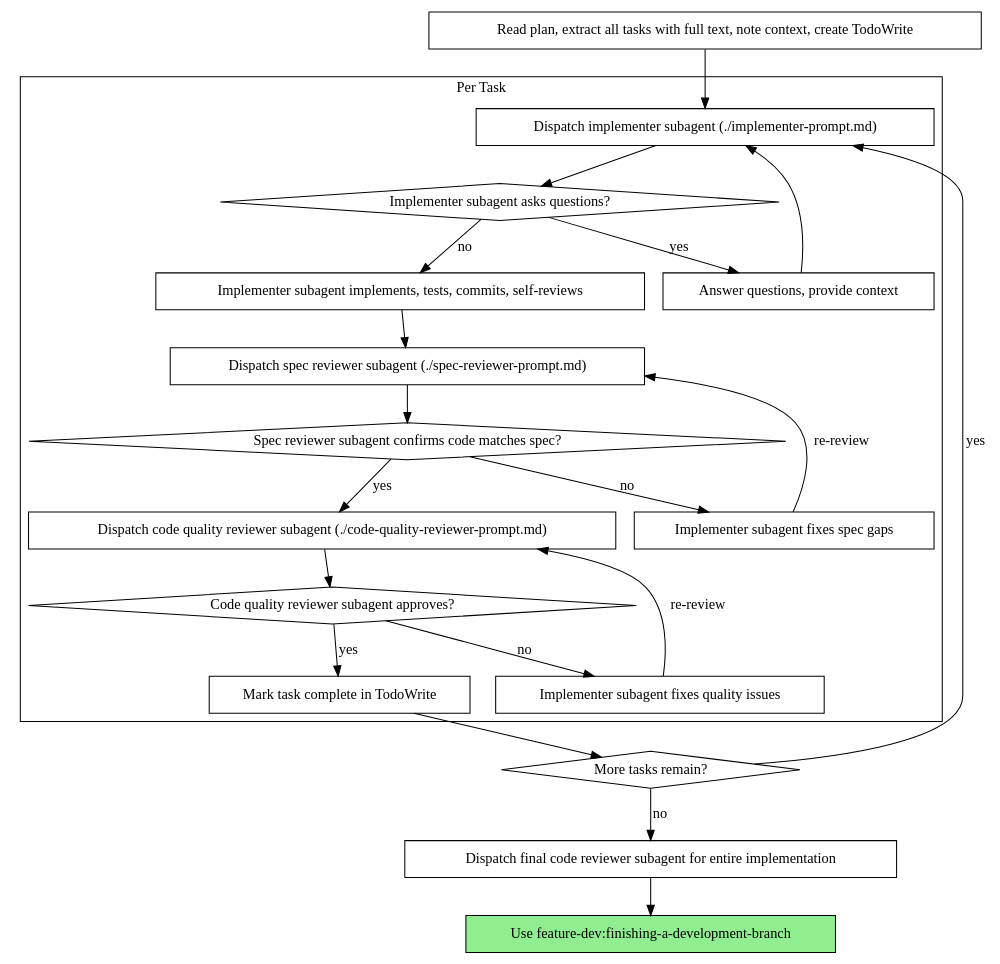
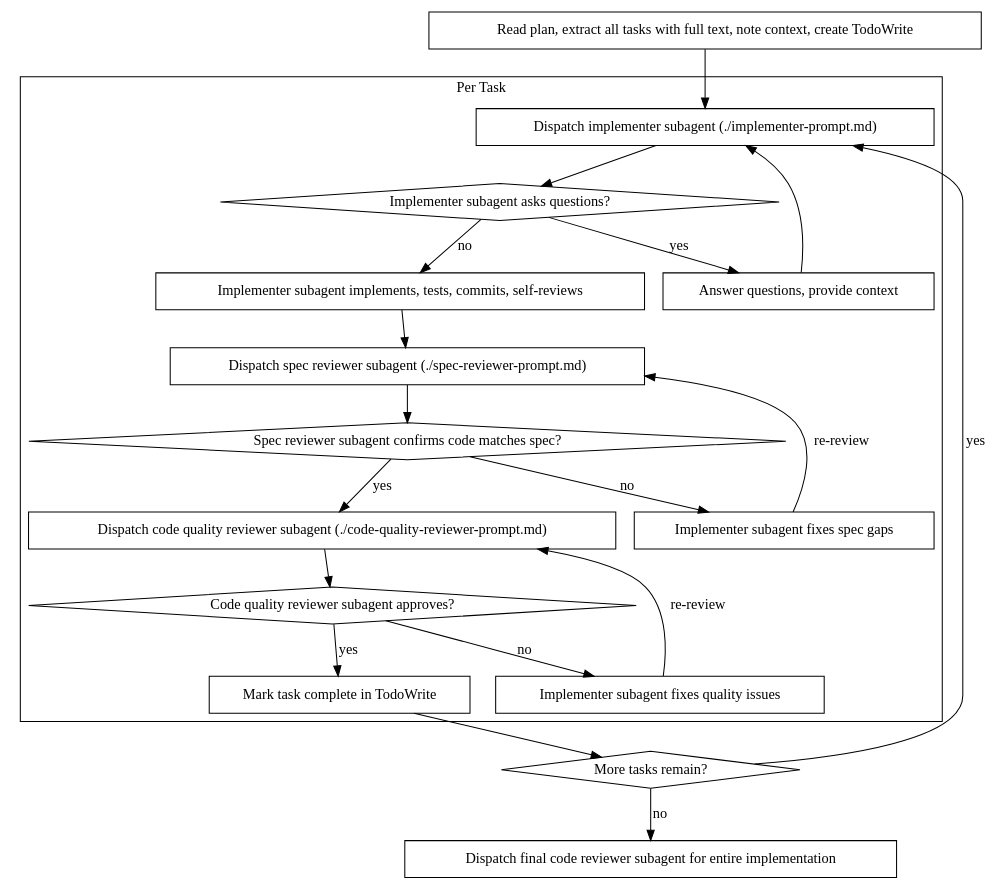
One commit to thanhnc1308/claude-engineer-toolkit changed the second of 2 diagrams in .workspace/skills/subagent-driven-development/SKILL.md. Above: the diagram before and after it, drawn with Graphviz. The commit also changed other lines of this file and 68 other files, not shown here.

First line of the commit message:
refactor(feature-dev): rename feature-dev plugin to eng-toolkit (#33)

````diff
--- a/.workspace/skills/subagent-driven-development/SKILL.md
+++ b/.workspace/skills/subagent-driven-development/SKILL.md
@@ -41,44 +41,42 @@
 ```dot
 digraph process {
     rankdir=TB;
 
     subgraph cluster_per_task {
         label="Per Task";
         "Dispatch implementer subagent (./implementer-prompt.md)" [shape=box];
         "Implementer subagent asks questions?" [shape=diamond];
         "Answer questions, provide context" [shape=box];
         "Implementer subagent implements, tests, commits, self-reviews" [shape=box];
         "Dispatch spec reviewer subagent (./spec-reviewer-prompt.md)" [shape=box];
         "Spec reviewer subagent confirms code matches spec?" [shape=diamond];
         "Implementer subagent fixes spec gaps" [shape=box];
         "Dispatch code quality reviewer subagent (./code-quality-reviewer-prompt.md)" [shape=box];
         "Code quality reviewer subagent approves?" [shape=diamond];
         "Implementer subagent fixes quality issues" [shape=box];
         "Mark task complete in TodoWrite" [shape=box];
     }
 
     "Read plan, extract all tasks with full text, note context, create TodoWrite" [shape=box];
     "More tasks remain?" [shape=diamond];
     "Dispatch final code reviewer subagent for entire implementation" [shape=box];
-    "Use feature-dev:finishing-a-development-branch" [shape=box style=filled fillcolor=lightgreen];
 
     "Read plan, extract all tasks with full text, note context, create TodoWrite" -> "Dispatch implementer subagent (./implementer-prompt.md)";
     "Dispatch implementer subagent (./implementer-prompt.md)" -> "Implementer subagent asks questions?";
     "Implementer subagent asks questions?" -> "Answer questions, provide context" [label="yes"];
     "Answer questions, provide context" -> "Dispatch implementer subagent (./implementer-prompt.md)";
     "Implementer subagent asks questions?" -> "Implementer subagent implements, tests, commits, self-reviews" [label="no"];
     "Implementer subagent implements, tests, commits, self-reviews" -> "Dispatch spec reviewer subagent (./spec-reviewer-prompt.md)";
     "Dispatch spec reviewer subagent (./spec-reviewer-prompt.md)" -> "Spec reviewer subagent confirms code matches spec?";
     "Spec reviewer subagent confirms code matches spec?" -> "Implementer subagent fixes spec gaps" [label="no"];
     "Implementer subagent fixes spec gaps" -> "Dispatch spec reviewer subagent (./spec-reviewer-prompt.md)" [label="re-review"];
     "Spec reviewer subagent confirms code matches spec?" -> "Dispatch code quality reviewer subagent (./code-quality-reviewer-prompt.md)" [label="yes"];
     "Dispatch code quality reviewer subagent (./code-quality-reviewer-prompt.md)" -> "Code quality reviewer subagent approves?";
     "Code quality reviewer subagent approves?" -> "Implementer subagent fixes quality issues" [label="no"];
     "Implementer subagent fixes quality issues" -> "Dispatch code quality reviewer subagent (./code-quality-reviewer-prompt.md)" [label="re-review"];
     "Code quality reviewer subagent approves?" -> "Mark task complete in TodoWrite" [label="yes"];
     "Mark task complete in TodoWrite" -> "More tasks remain?";
     "More tasks remain?" -> "Dispatch implementer subagent (./implementer-prompt.md)" [label="yes"];
     "More tasks remain?" -> "Dispatch final code reviewer subagent for entire implementation" [label="no"];
-    "Dispatch final code reviewer subagent for entire implementation" -> "Use feature-dev:finishing-a-development-branch";
 }
 ```
````
